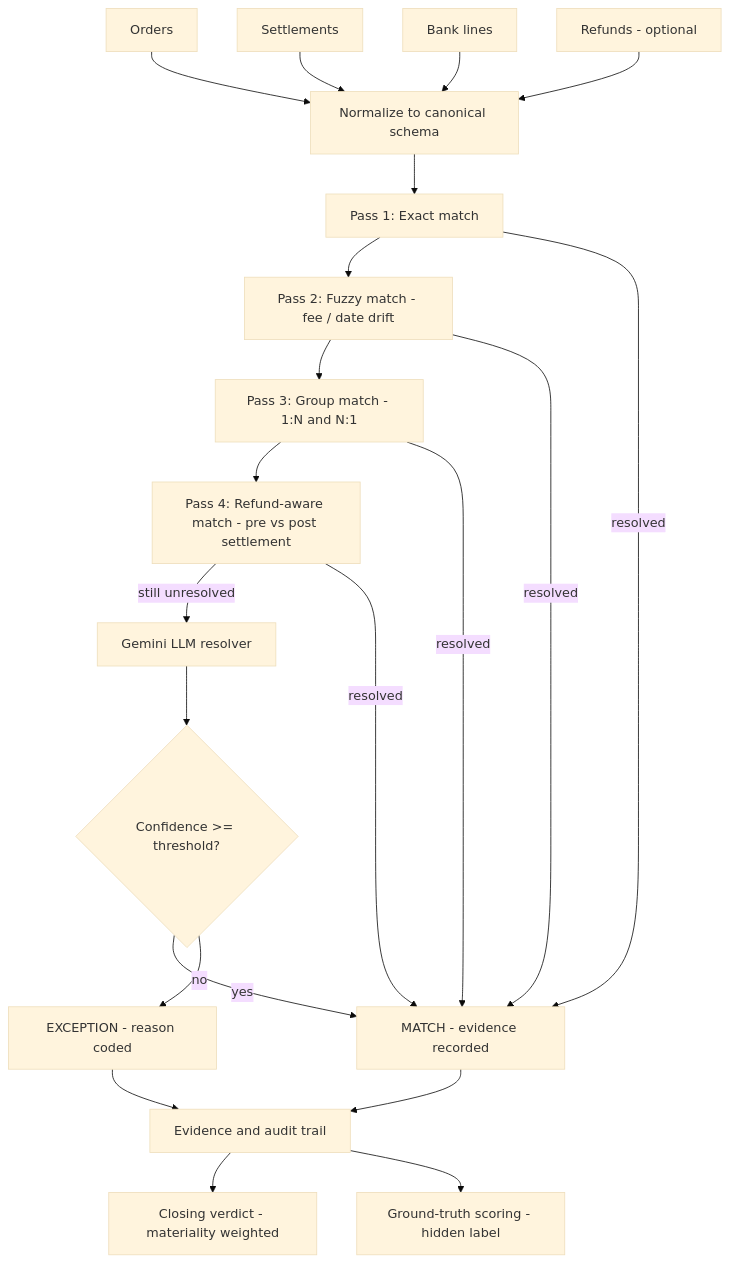
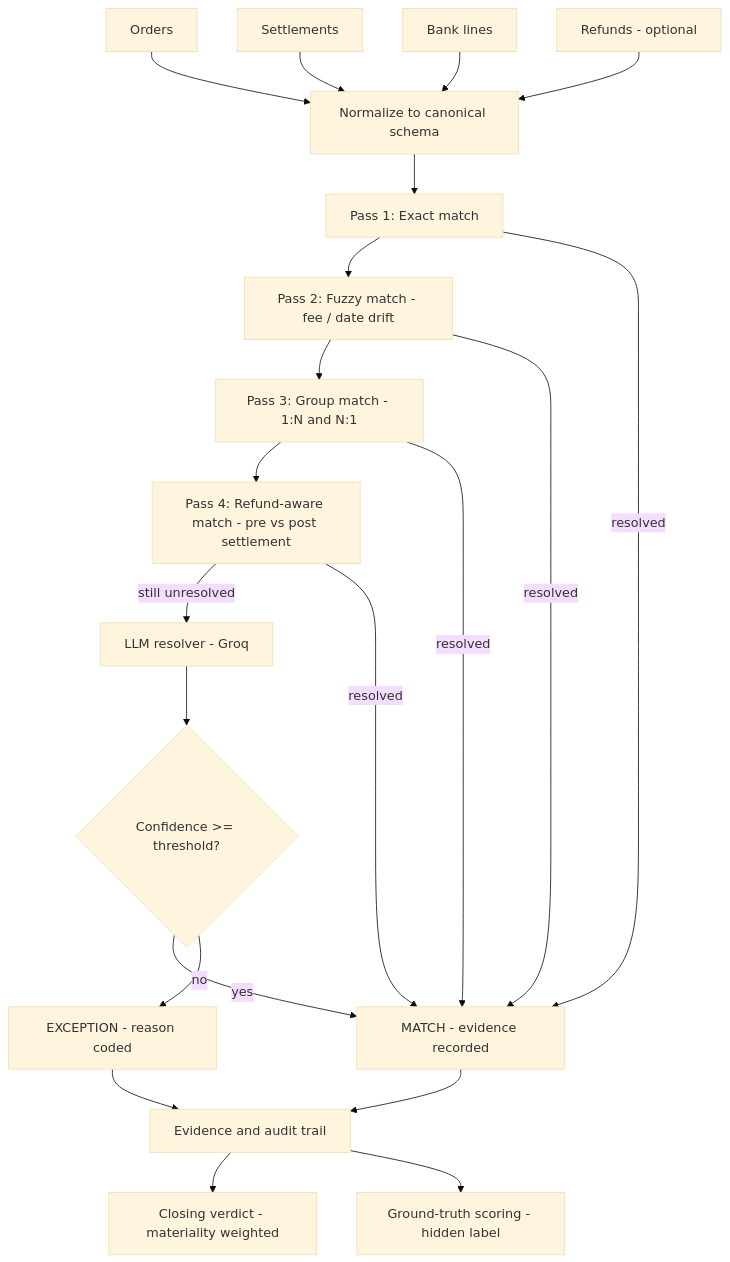
The diagram in README.md (Shaurya55555/reconiq), drawn with Mermaid (base theme) before and after one commit. The commit also changed other lines of this file and 2 other files, not shown here.

First line of the commit message:
Clean up README: replace stale Gemini/sequential-timeout content with real Groq numbers

````diff
--- a/README.md
+++ b/README.md
@@ -336,20 +341,20 @@
 ```mermaid
 flowchart TD
     O[Orders] --> N[Normalize to canonical schema]
     S[Settlements] --> N
     B[Bank lines] --> N
     R[Refunds - optional] --> N
     N --> D1[Pass 1: Exact match]
     D1 --> D2[Pass 2: Fuzzy match - fee / date drift]
     D2 --> D3[Pass 3: Group match - 1:N and N:1]
     D3 --> D4[Pass 4: Refund-aware match - pre vs post settlement]
-    D4 -->|still unresolved| LLM[Gemini LLM resolver]
+    D4 -->|still unresolved| LLM[LLM resolver - Groq]
     LLM --> GATE{Confidence >= threshold?}
     GATE -->|yes| MATCH[MATCH - evidence recorded]
     GATE -->|no| EXC[EXCEPTION - reason coded]
     D1 & D2 & D3 & D4 -->|resolved| MATCH
     MATCH --> AUDIT[Evidence and audit trail]
     EXC --> AUDIT
     AUDIT --> VERDICT[Closing verdict - materiality weighted]
     AUDIT --> SCORE[Ground-truth scoring - hidden label]
 ```
````
